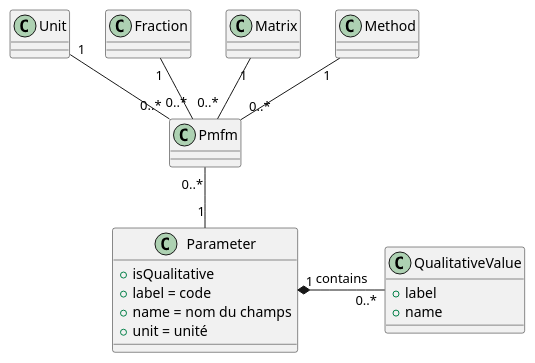
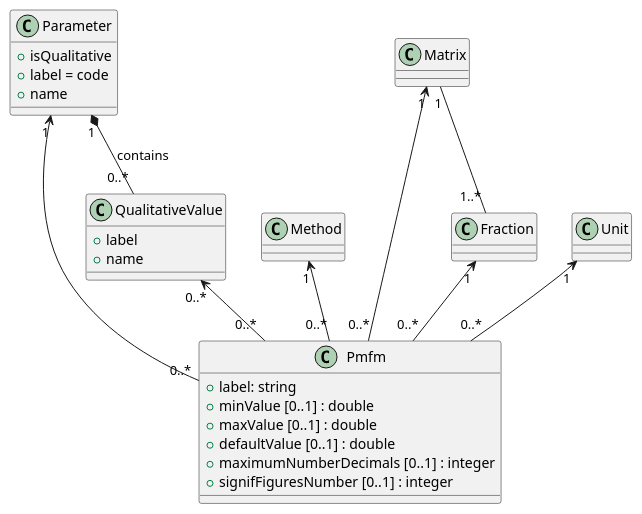
Before and after one commit to sumaris-net/sumaris-doc: the diagram in model/referential/pmfm.puml, drawn with PlantUML. The commit also changed 3 other files, not shown here.

Commit message:
[enh] Add or UML class diagram on Program/Strategy [enh] Complete UML class diagram on Pmfm and Parameter

```diff
--- a/model/referential/pmfm.puml
+++ b/model/referential/pmfm.puml
@@ -1,21 +1,33 @@
 @startuml
 
+class Pmfm {
+  +label: string
+  +minValue [0..1] : double
+  +maxValue [0..1] : double
+  +defaultValue [0..1] : double
+  +maximumNumberDecimals [0..1] : integer
+  +signifFiguresNumber [0..1] : integer
+}
+
 class Parameter {
-    + isQualitative
-      +label = code
-      +name = nom du champs
-      +unit = unité
+  +isQualitative
+  +label = code
+  +name
 }
+
 class QualitativeValue {
   +label
   +name
-  }
+}
 
-Unit "1" -- "0..*" Pmfm
-Fraction "1" -- "0..*" Pmfm
-Matrix "1" -- "0..*" Pmfm
-Method "1" -- "0..*" Pmfm
-Parameter "1" -up- "0..*" Pmfm
-Parameter "1" *-right- "0..*" QualitativeValue : contains
+Method "1" <-down- "0..*" Pmfm
+Matrix "1" <-down- "0..*" Pmfm
+Fraction "1" <-down- "0..*" Pmfm
+QualitativeValue "0..*" <-down- "0..*" Pmfm
+Unit "1" <-down- "0..*" Pmfm
+Parameter "1" <-down- "0..*" Pmfm
+
+Matrix "1" -- "1..*" Fraction
+Parameter "1" *-- "0..*" QualitativeValue : contains
 
 @enduml
```
